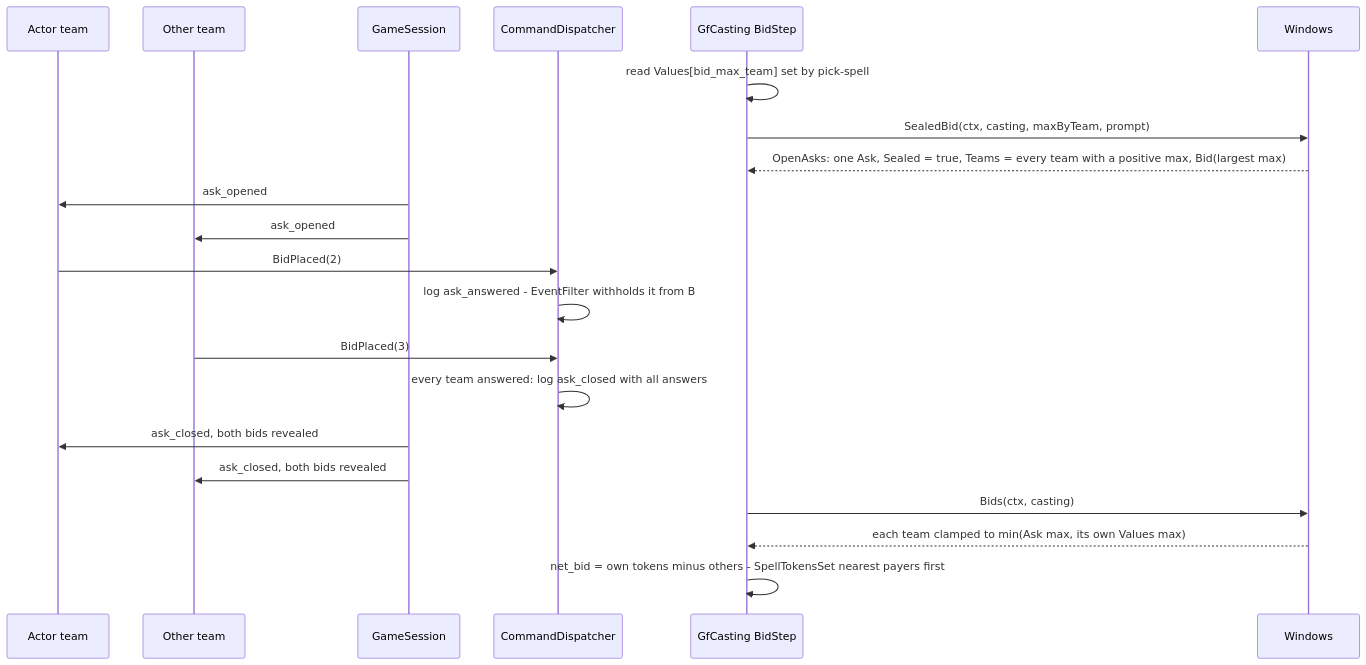
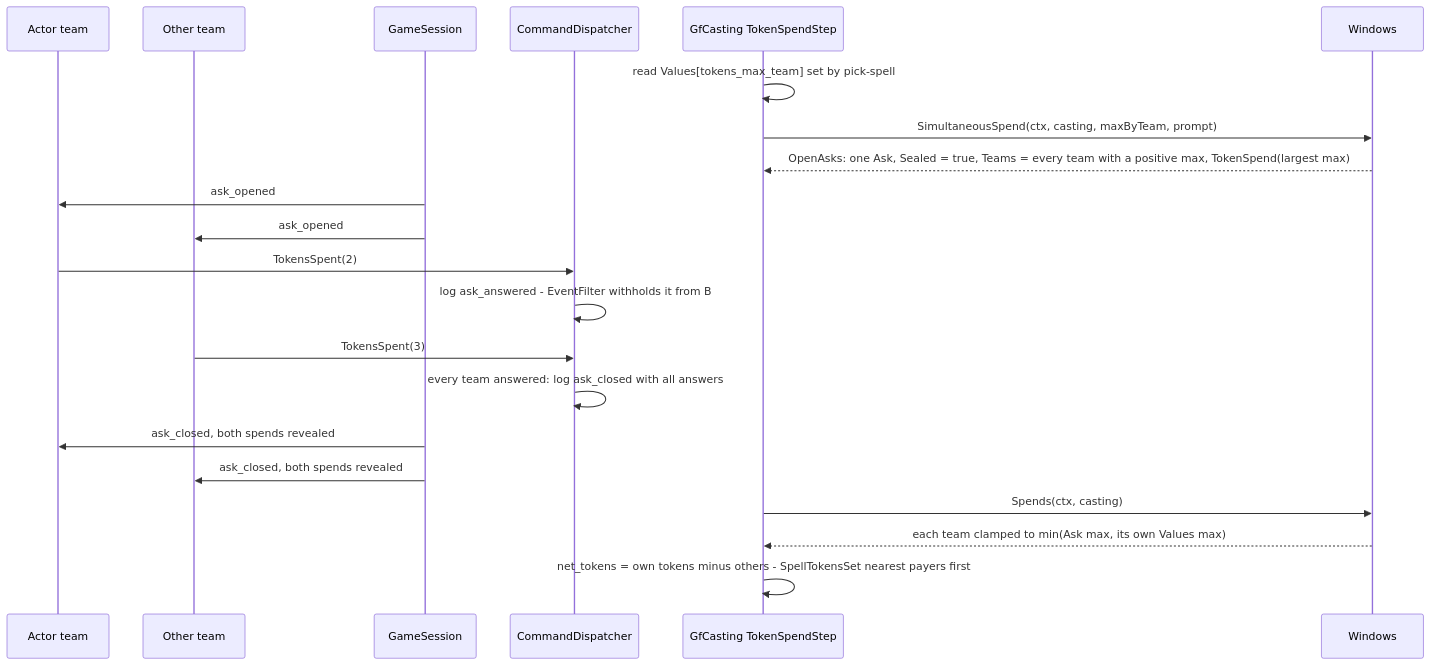
One commit to cstupi/tabletop changed the ninth of 11 diagrams in docs/design/interpreter/design.md. Above: the diagram before and after it, drawn with Mermaid. The commit also changed other lines of this file and 25 other files, not shown here.

````diff
--- a/docs/design/interpreter/design.md
+++ b/docs/design/interpreter/design.md
@@ -903,24 +956,24 @@
 ```mermaid
 sequenceDiagram
     participant A as Actor team
     participant B as Other team
     participant S as GameSession
     participant D as CommandDispatcher
-    participant K as GfCasting BidStep
+    participant K as GfCasting TokenSpendStep
     participant W as Windows
 
-    K->>K: read Values[bid_max_team] set by pick-spell
-    K->>W: SealedBid(ctx, casting, maxByTeam, prompt)
-    W-->>K: OpenAsks: one Ask, Sealed = true, Teams = every team with a positive max, Bid(largest max)
+    K->>K: read Values[tokens_max_team] set by pick-spell
+    K->>W: SimultaneousSpend(ctx, casting, maxByTeam, prompt)
+    W-->>K: OpenAsks: one Ask, Sealed = true, Teams = every team with a positive max, TokenSpend(largest max)
     S->>A: ask_opened
     S->>B: ask_opened
-    A->>D: BidPlaced(2)
+    A->>D: TokensSpent(2)
     D->>D: log ask_answered - EventFilter withholds it from B
-    B->>D: BidPlaced(3)
+    B->>D: TokensSpent(3)
     D->>D: every team answered: log ask_closed with all answers
-    S->>A: ask_closed, both bids revealed
-    S->>B: ask_closed, both bids revealed
-    K->>W: Bids(ctx, casting)
+    S->>A: ask_closed, both spends revealed
+    S->>B: ask_closed, both spends revealed
+    K->>W: Spends(ctx, casting)
     W-->>K: each team clamped to min(Ask max, its own Values max)
-    K->>K: net_bid = own tokens minus others - SpellTokensSet nearest payers first
+    K->>K: net_tokens = own tokens minus others - SpellTokensSet nearest payers first
 ```
````
